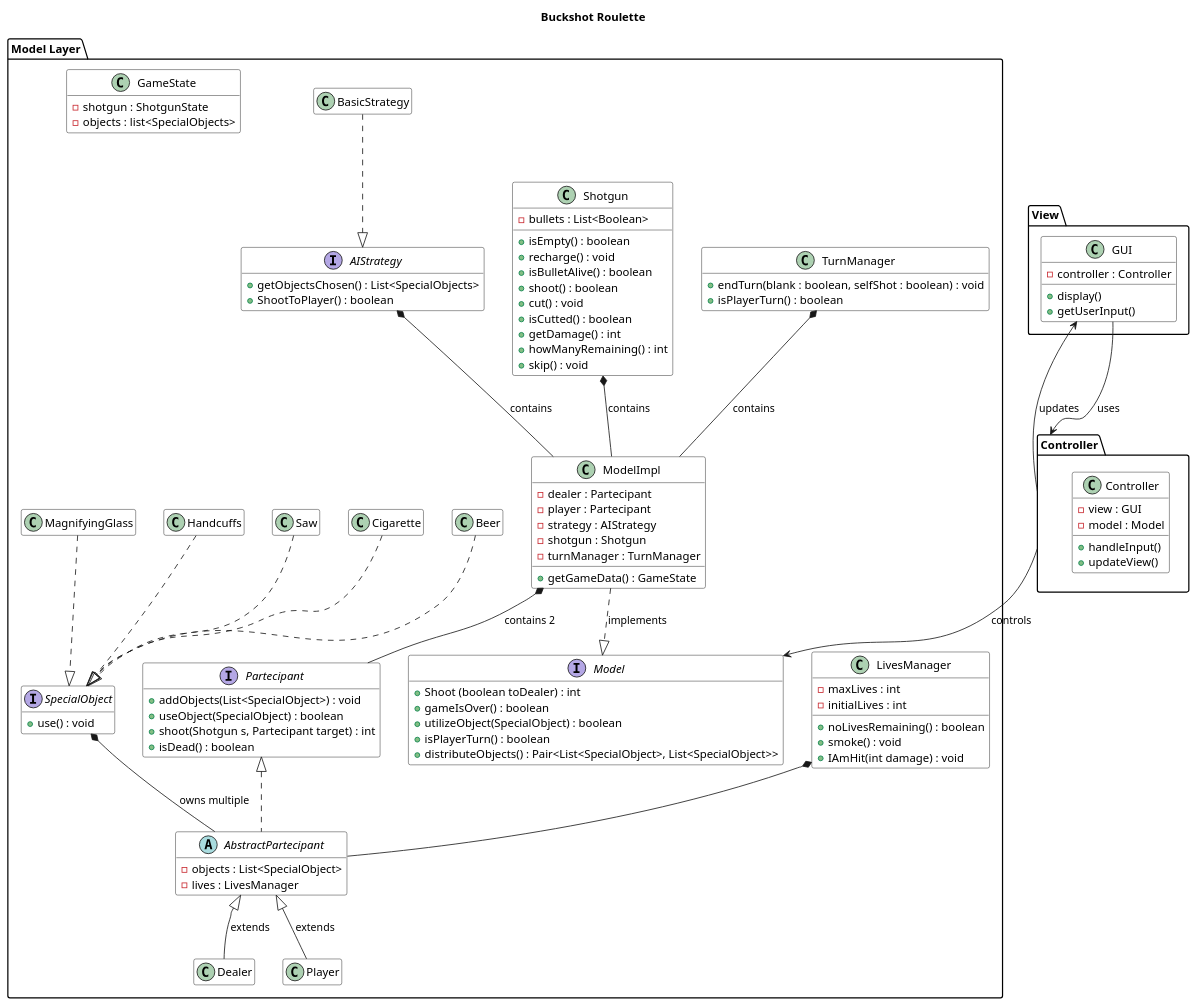
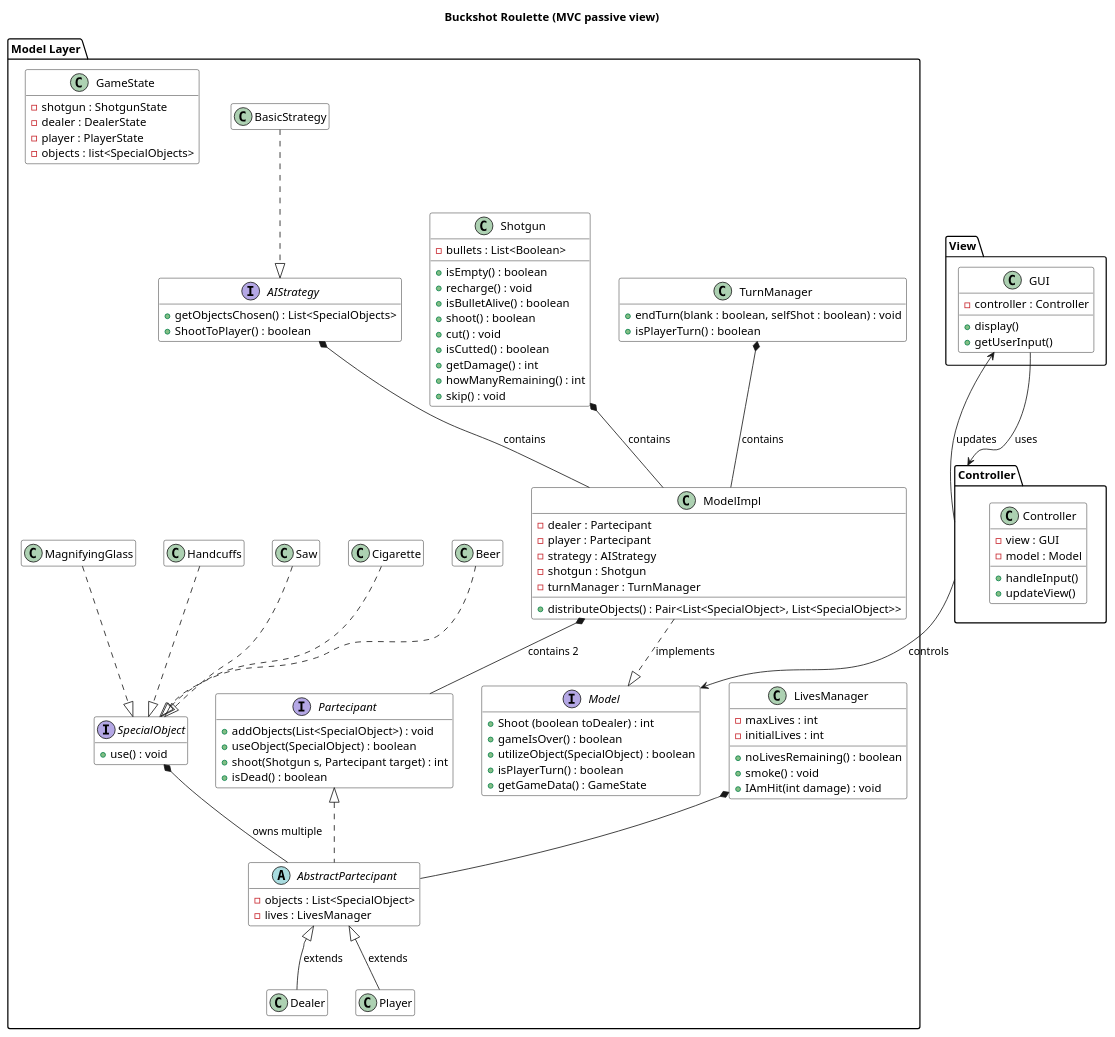
One commit to Farios0/BuckShot-OOP changed the diagram in docs/UML/UML.puml. Above: the diagram before and after it, drawn with PlantUML.

Commit message:
little change UML

```diff
--- a/docs/UML/UML.puml
+++ b/docs/UML/UML.puml
@@ -1,157 +1,158 @@
 @startuml Buckshot Roulette
-title Buckshot Roulette
+title Buckshot Roulette (MVC passive view)
 skinparam {
   ClassBackgroundColor White
   ClassBorderColor Black
   FontSize 12
   TitleFontSize 14
   TitleFontStyle bold
 }
 
 hide empty members
 
 package "Model Layer" {
     interface Model {
         + Shoot (boolean toDealer) : int
         + gameIsOver() : boolean
         + utilizeObject(SpecialObject) : boolean
         + isPlayerTurn() : boolean
-        + distributeObjects() : Pair<List<SpecialObject>, List<SpecialObject>>
+        + getGameData() : GameState
     }
   
     class ModelImpl {
-        
-        + getGameData() : GameState
+        + distributeObjects() : Pair<List<SpecialObject>, List<SpecialObject>>
         - dealer : Partecipant
         - player : Partecipant
         - strategy : AIStrategy
         - shotgun : Shotgun
         - turnManager : TurnManager
     }
   
     ModelImpl ..|> Model : implements
 
 
 
     interface Partecipant {
         + addObjects(List<SpecialObject>) : void
         + useObject(SpecialObject) : boolean
         + shoot(Shotgun s, Partecipant target) : int
         + isDead() : boolean
     }
 
     abstract class AbstractPartecipant  {
         - objects : List<SpecialObject>
         - lives : LivesManager 
     }
 
     class TurnManager {
       + endTurn(blank : boolean, selfShot : boolean) : void
       + isPlayerTurn() : boolean
     }
     
     class Dealer {
         
     }
     
     class Player {
         
     }
     
     AbstractPartecipant <|-- Dealer : extends
     AbstractPartecipant <|-- Player : extends
     Partecipant <|.. AbstractPartecipant
 
     interface SpecialObject {
     + use() : void
     }
 
     class LivesManager {
         - maxLives : int
         - initialLives : int
         + noLivesRemaining() : boolean
         + smoke() : void
         + IAmHit(int damage) : void
     }
 
     class Shotgun {
         - bullets : List<Boolean>
         + isEmpty() : boolean
         + recharge() : void
         + isBulletAlive() : boolean
         + shoot() : boolean
         + cut() : void
         + isCutted() : boolean
         + getDamage() : int
         + howManyRemaining() : int
         + skip() : void
     }
 
     Interface AIStrategy {
         + getObjectsChosen() : List<SpecialObjects>
         + ShootToPlayer() : boolean
     }
 
     class BasicStrategy {
 
     }
     
     class GameState {
         - shotgun : ShotgunState
+        - dealer : DealerState
+        - player : PlayerState
         - objects : list<SpecialObjects>
     }
 
     class Beer {
 
     }
 
     class Cigarette {
 
     }
 
     class Saw {
 
     }
 
     class Handcuffs {
 
     }
 
     class MagnifyingGlass {
 
     }
 }
 package "Controller" {
   class Controller {
     - view : GUI
     - model : Model
     + handleInput()
     + updateView()
   }
 }  
 
 package "View" {
   class GUI {
     - controller : Controller
     + display()
     + getUserInput()
   }
 }
 
 ModelImpl *-- Partecipant : contains 2
 SpecialObject *-- AbstractPartecipant : owns multiple
 LivesManager *-- AbstractPartecipant
 Controller --> Model : controls
 GUI --> Controller : uses
 Controller --> GUI : updates
 Shotgun *--down ModelImpl : contains
 AIStrategy *-- ModelImpl : contains
 TurnManager *-- ModelImpl : contains
 Beer ..|> SpecialObject
 Handcuffs ..|> SpecialObject
 Cigarette ..|> SpecialObject
 MagnifyingGlass ..|> SpecialObject
 Saw ..|> SpecialObject
 BasicStrategy ..|> AIStrategy
 
 @enduml
```
